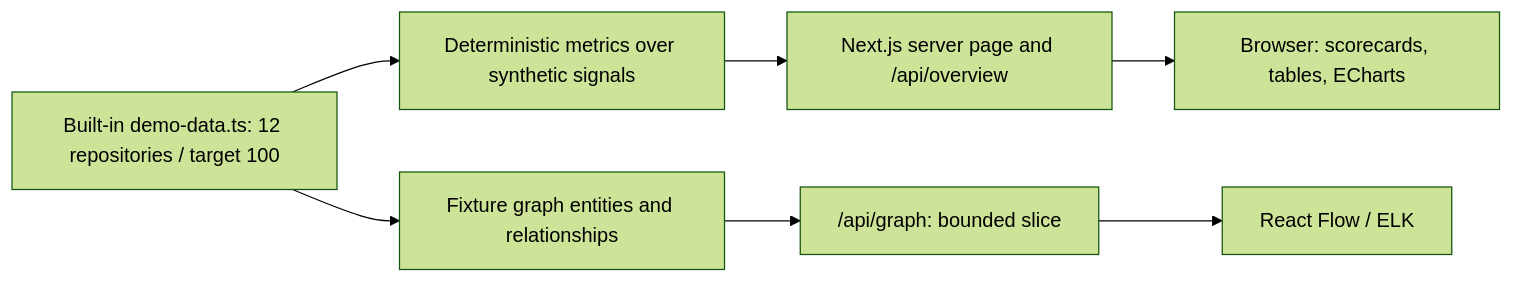
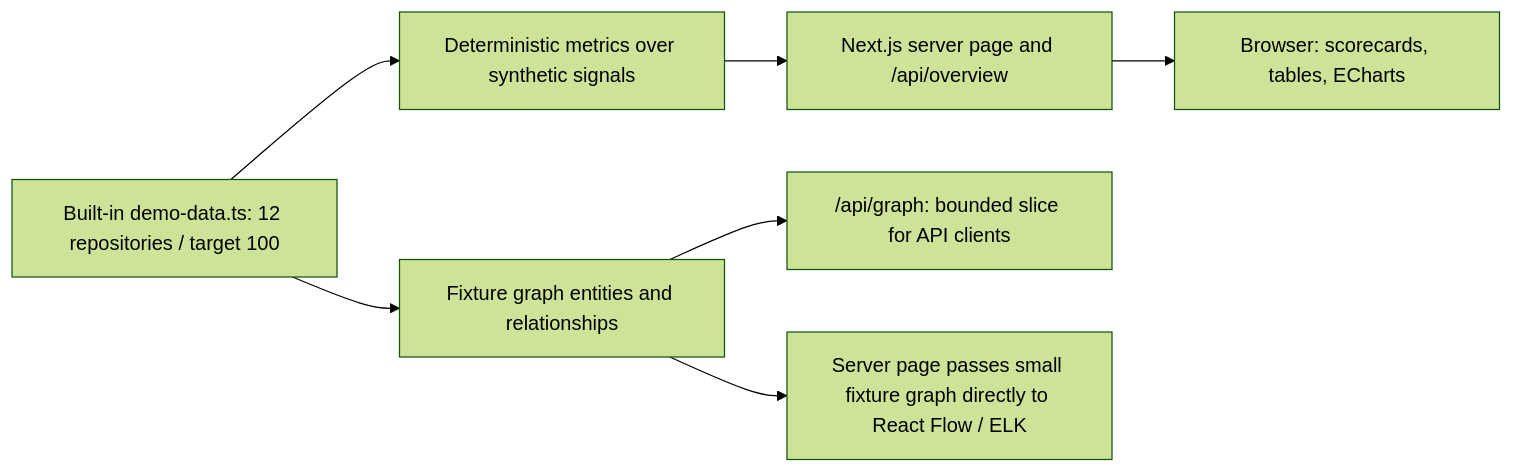
One commit to VeVarunSharma/BC-Gov-Git-Insights changed the first of 2 diagrams in docs/architecture/overview.md. Above: the diagram before and after it, drawn with Mermaid (forest theme). The commit also changed other lines of this file and 3 other files, not shown here.

````diff
--- a/docs/architecture/overview.md
+++ b/docs/architecture/overview.md
@@ -5,9 +5,9 @@
 ```mermaid
 flowchart LR
   F["Built-in demo-data.ts: 12 repositories / target 100"] --> M["Deterministic metrics over synthetic signals"]
   F --> G["Fixture graph entities and relationships"]
   M --> W["Next.js server page and /api/overview"]
-  G --> A["/api/graph: bounded slice"]
+  G --> A["/api/graph: bounded slice for API clients"]
   W --> V["Browser: scorecards, tables, ECharts"]
-  A --> R["React Flow / ELK"]
+  G --> R["Server page passes small fixture graph directly to React Flow / ELK"]
 ```
````
